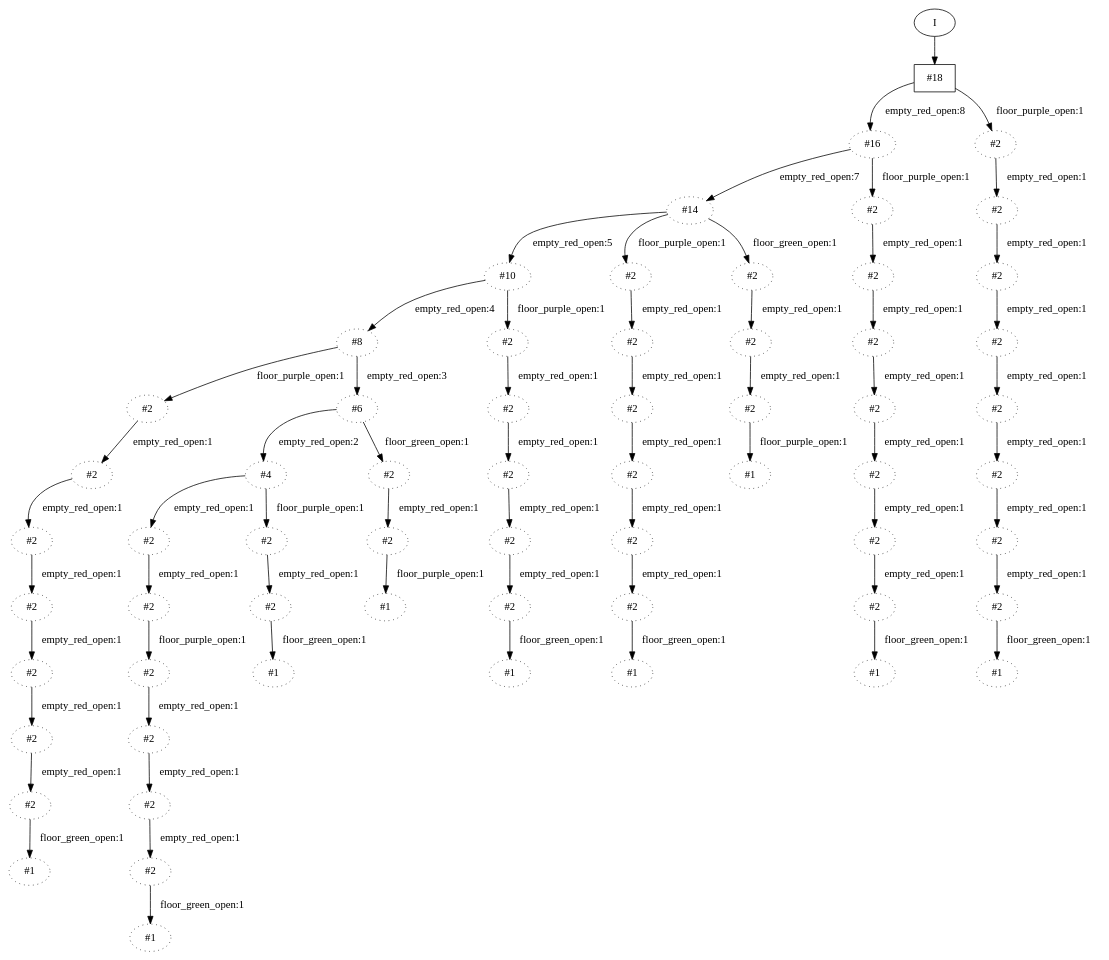
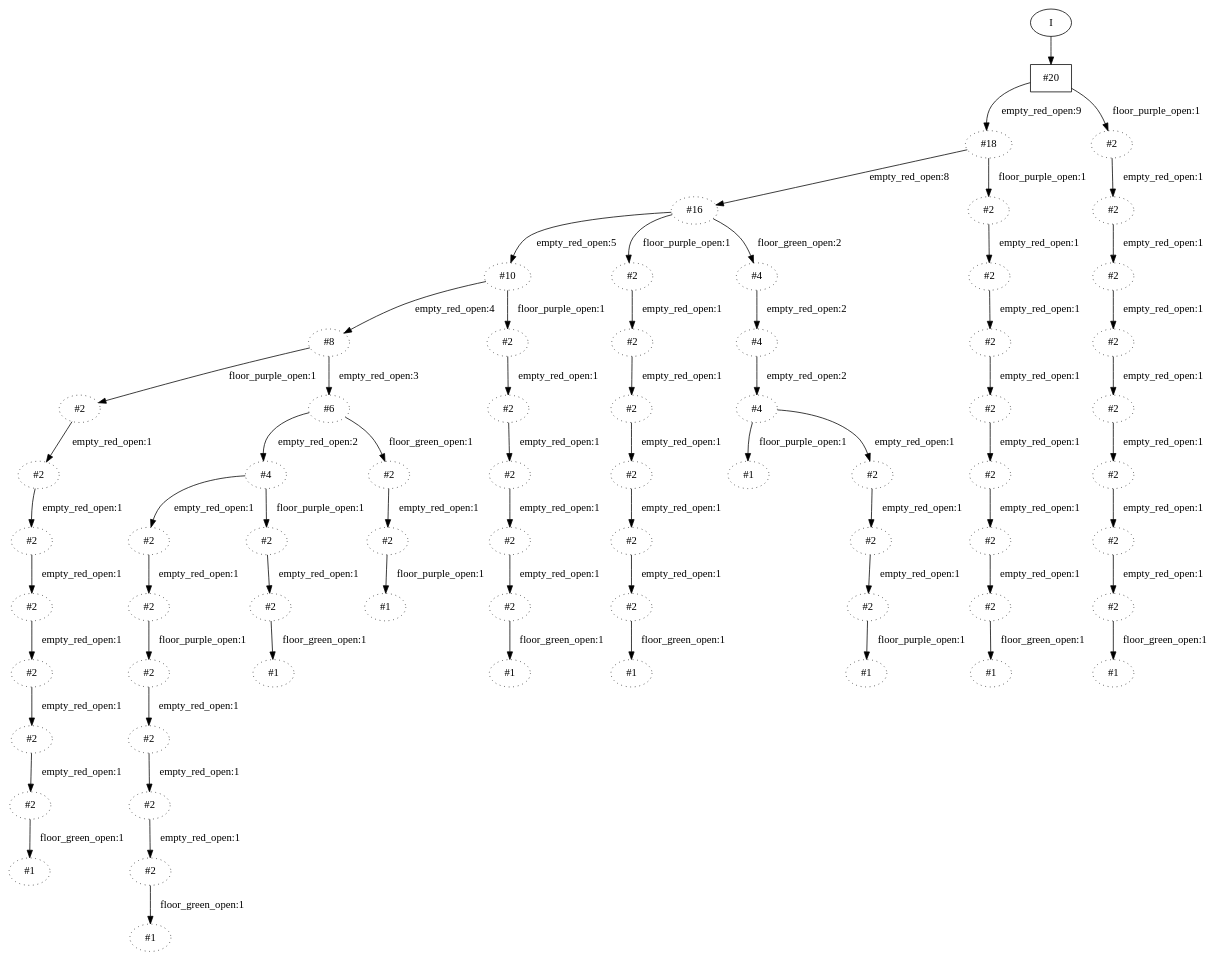
One commit to nicholasRenninger/wombats_experiments changed the diagram in experiments/simple_running_example/flexfringe_data/dfainit_dfa.dot. Above: the diagram before and after it, drawn with Graphviz. The commit also changed 21 other files, not shown here.

Commit message:
minor updates to running example exp

```diff
--- a/experiments/simple_running_example/flexfringe_data/dfainit_dfa.dot
+++ b/experiments/simple_running_example/flexfringe_data/dfainit_dfa.dot
@@ -1,129 +1,137 @@
 // produced with flexfringe from git commitd1cf04ada0831d0605a3651971ef9a02091d8823
-// dfasat/flexfringe -h=kldistance -d=kl_data -m=2 -n=2 -x=0 -w=0 -a=0 -b=0 -f=0 -I=1 -t=1 -q=0 -y=0 -p=0.6 --output-dir=experiments/simple_running_example/flexfringe_data/dfa /Users/nicholasrenninger/Google Drive/Grad School/specification learning/code/DPFA_DTS_product_experiment/dfasatInvestigations/experiments/simple_running_example/flexfringe_data/simple_running_example_train 
+// dfasat/flexfringe -h=kldistance -d=kl_data -m=2 -n=2 -x=0 -w=0 -a=0 -b=0 -f=0 -I=1 -t=1 -q=0 -y=0 -p=0.4 --output-dir=experiments/simple_running_example/flexfringe_data/dfa /Users/nicholasrenninger/Google Drive/Grad School/specification learning/code/DPFA_DTS_product_experiment/dfasatInvestigations/experiments/simple_running_example/flexfringe_data/simple_running_example_train 
 digraph DFA {
 	0 [label="root" shape=box];
 		I -> 0;
-	0 [ label="#18"  ];
-		0 -> 1 [label="empty_red_open:8"  ];
+	0 [ label="#20"  ];
+		0 -> 1 [label="empty_red_open:9"  ];
 		0 -> 37 [label="floor_purple_open:1"  ];
-	1 [ label="#16"  style=dotted ];
-		1 -> 2 [label="empty_red_open:7"  ];
+	1 [ label="#18"  style=dotted ];
+		1 -> 2 [label="empty_red_open:8"  ];
 		1 -> 29 [label="floor_purple_open:1"  ];
-	2 [ label="#14"  style=dotted ];
+	2 [ label="#16"  style=dotted ];
 		2 -> 3 [label="empty_red_open:5"  ];
 		2 -> 13 [label="floor_purple_open:1"  ];
-		2 -> 58 [label="floor_green_open:1"  ];
+		2 -> 58 [label="floor_green_open:2"  ];
 	3 [ label="#10"  style=dotted ];
 		3 -> 4 [label="empty_red_open:4"  ];
 		3 -> 52 [label="floor_purple_open:1"  ];
 	4 [ label="#8"  style=dotted ];
 		4 -> 5 [label="floor_purple_open:1"  ];
 		4 -> 20 [label="empty_red_open:3"  ];
 	20 [ label="#6"  style=dotted ];
 		20 -> 21 [label="empty_red_open:2"  ];
 		20 -> 46 [label="floor_green_open:1"  ];
 	21 [ label="#4"  style=dotted ];
 		21 -> 22 [label="empty_red_open:1"  ];
 		21 -> 49 [label="floor_purple_open:1"  ];
 	22 [ label="#2"  style=dotted ];
 		22 -> 23 [label="empty_red_open:1"  ];
 	23 [ label="#2"  style=dotted ];
 		23 -> 24 [label="floor_purple_open:1"  ];
 	24 [ label="#2"  style=dotted ];
 		24 -> 25 [label="empty_red_open:1"  ];
 	25 [ label="#2"  style=dotted ];
 		25 -> 26 [label="empty_red_open:1"  ];
 	26 [ label="#2"  style=dotted ];
 		26 -> 27 [label="empty_red_open:1"  ];
 	27 [ label="#2"  style=dotted ];
 		27 -> 28 [label="floor_green_open:1"  ];
 	28 [ label="#1"  style=dotted ];
 	49 [ label="#2"  style=dotted ];
 		49 -> 50 [label="empty_red_open:1"  ];
 	50 [ label="#2"  style=dotted ];
 		50 -> 51 [label="floor_green_open:1"  ];
 	51 [ label="#1"  style=dotted ];
 	46 [ label="#2"  style=dotted ];
 		46 -> 47 [label="empty_red_open:1"  ];
 	47 [ label="#2"  style=dotted ];
 		47 -> 48 [label="floor_purple_open:1"  ];
 	48 [ label="#1"  style=dotted ];
 	5 [ label="#2"  style=dotted ];
 		5 -> 6 [label="empty_red_open:1"  ];
 	6 [ label="#2"  style=dotted ];
 		6 -> 7 [label="empty_red_open:1"  ];
 	7 [ label="#2"  style=dotted ];
 		7 -> 8 [label="empty_red_open:1"  ];
 	8 [ label="#2"  style=dotted ];
 		8 -> 9 [label="empty_red_open:1"  ];
 	9 [ label="#2"  style=dotted ];
 		9 -> 10 [label="empty_red_open:1"  ];
 	10 [ label="#2"  style=dotted ];
 		10 -> 11 [label="empty_red_open:1"  ];
 	11 [ label="#2"  style=dotted ];
 		11 -> 12 [label="floor_green_open:1"  ];
 	12 [ label="#1"  style=dotted ];
 	52 [ label="#2"  style=dotted ];
 		52 -> 53 [label="empty_red_open:1"  ];
 	53 [ label="#2"  style=dotted ];
 		53 -> 54 [label="empty_red_open:1"  ];
 	54 [ label="#2"  style=dotted ];
 		54 -> 55 [label="empty_red_open:1"  ];
 	55 [ label="#2"  style=dotted ];
 		55 -> 56 [label="empty_red_open:1"  ];
 	56 [ label="#2"  style=dotted ];
 		56 -> 57 [label="floor_green_open:1"  ];
 	57 [ label="#1"  style=dotted ];
 	13 [ label="#2"  style=dotted ];
 		13 -> 14 [label="empty_red_open:1"  ];
 	14 [ label="#2"  style=dotted ];
 		14 -> 15 [label="empty_red_open:1"  ];
 	15 [ label="#2"  style=dotted ];
 		15 -> 16 [label="empty_red_open:1"  ];
 	16 [ label="#2"  style=dotted ];
 		16 -> 17 [label="empty_red_open:1"  ];
 	17 [ label="#2"  style=dotted ];
 		17 -> 18 [label="empty_red_open:1"  ];
 	18 [ label="#2"  style=dotted ];
 		18 -> 19 [label="floor_green_open:1"  ];
 	19 [ label="#1"  style=dotted ];
-	58 [ label="#2"  style=dotted ];
-		58 -> 59 [label="empty_red_open:1"  ];
-	59 [ label="#2"  style=dotted ];
-		59 -> 60 [label="empty_red_open:1"  ];
-	60 [ label="#2"  style=dotted ];
+	58 [ label="#4"  style=dotted ];
+		58 -> 59 [label="empty_red_open:2"  ];
+	59 [ label="#4"  style=dotted ];
+		59 -> 60 [label="empty_red_open:2"  ];
+	60 [ label="#4"  style=dotted ];
 		60 -> 61 [label="floor_purple_open:1"  ];
+		60 -> 62 [label="empty_red_open:1"  ];
+	62 [ label="#2"  style=dotted ];
+		62 -> 63 [label="empty_red_open:1"  ];
+	63 [ label="#2"  style=dotted ];
+		63 -> 64 [label="empty_red_open:1"  ];
+	64 [ label="#2"  style=dotted ];
+		64 -> 65 [label="floor_purple_open:1"  ];
+	65 [ label="#1"  style=dotted ];
 	61 [ label="#1"  style=dotted ];
 	29 [ label="#2"  style=dotted ];
 		29 -> 30 [label="empty_red_open:1"  ];
 	30 [ label="#2"  style=dotted ];
 		30 -> 31 [label="empty_red_open:1"  ];
 	31 [ label="#2"  style=dotted ];
 		31 -> 32 [label="empty_red_open:1"  ];
 	32 [ label="#2"  style=dotted ];
 		32 -> 33 [label="empty_red_open:1"  ];
 	33 [ label="#2"  style=dotted ];
 		33 -> 34 [label="empty_red_open:1"  ];
 	34 [ label="#2"  style=dotted ];
 		34 -> 35 [label="empty_red_open:1"  ];
 	35 [ label="#2"  style=dotted ];
 		35 -> 36 [label="floor_green_open:1"  ];
 	36 [ label="#1"  style=dotted ];
 	37 [ label="#2"  style=dotted ];
 		37 -> 38 [label="empty_red_open:1"  ];
 	38 [ label="#2"  style=dotted ];
 		38 -> 39 [label="empty_red_open:1"  ];
 	39 [ label="#2"  style=dotted ];
 		39 -> 40 [label="empty_red_open:1"  ];
 	40 [ label="#2"  style=dotted ];
 		40 -> 41 [label="empty_red_open:1"  ];
 	41 [ label="#2"  style=dotted ];
 		41 -> 42 [label="empty_red_open:1"  ];
 	42 [ label="#2"  style=dotted ];
 		42 -> 43 [label="empty_red_open:1"  ];
 	43 [ label="#2"  style=dotted ];
 		43 -> 44 [label="empty_red_open:1"  ];
 	44 [ label="#2"  style=dotted ];
 		44 -> 45 [label="floor_green_open:1"  ];
 	45 [ label="#1"  style=dotted ];
 }
```
